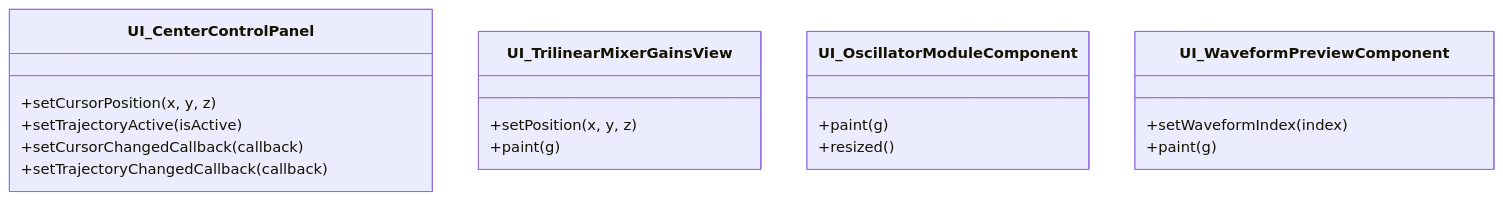
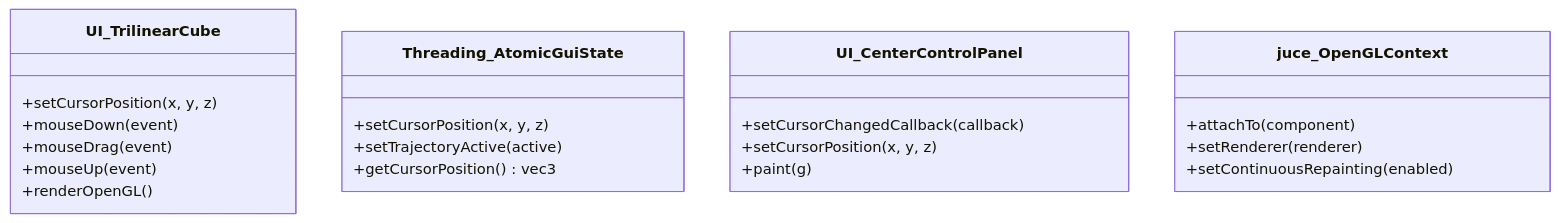
Before and after one commit to rp-bot/ASE-final-project: the third of 4 diagrams in docs/final-presentation/sections/module-overview-class-diagrams.md, drawn with Mermaid. The commit also changed other lines of this file and 12 other files, not shown here.

Commit message:
Remove Cube-Recording video and update final presentation materials. Revised module overview section for clarity, adjusted class diagrams, and refined individual responsibilities with role designations.

````diff
--- a/docs/final-presentation/sections/module-overview-class-diagrams.md
+++ b/docs/final-presentation/sections/module-overview-class-diagrams.md
@@ -80,24 +80,28 @@
 ```mermaid
 classDiagram
-    class UI_CenterControlPanel {
+    class UI_TrilinearCube {
         +setCursorPosition(x, y, z)
-        +setTrajectoryActive(isActive)
-        +setCursorChangedCallback(callback)
-        +setTrajectoryChangedCallback(callback)
+        +mouseDown(event)
+        +mouseDrag(event)
+        +mouseUp(event)
+        +renderOpenGL()
     }
 
-    class UI_TrilinearMixerGainsView {
-        +setPosition(x, y, z)
+    class Threading_AtomicGuiState {
+        +setCursorPosition(x, y, z)
+        +setTrajectoryActive(active)
+        +getCursorPosition() vec3
+    }
+
+    class UI_CenterControlPanel {
+        +setCursorChangedCallback(callback)
+        +setCursorPosition(x, y, z)
         +paint(g)
     }
 
-    class UI_OscillatorModuleComponent {
-        +paint(g)
-        +resized()
-    }
-
-    class UI_WaveformPreviewComponent {
-        +setWaveformIndex(index)
-        +paint(g)
+    class juce_OpenGLContext {
+        +attachTo(component)
+        +setRenderer(renderer)
+        +setContinuousRepainting(enabled)
     }
 ```
````
